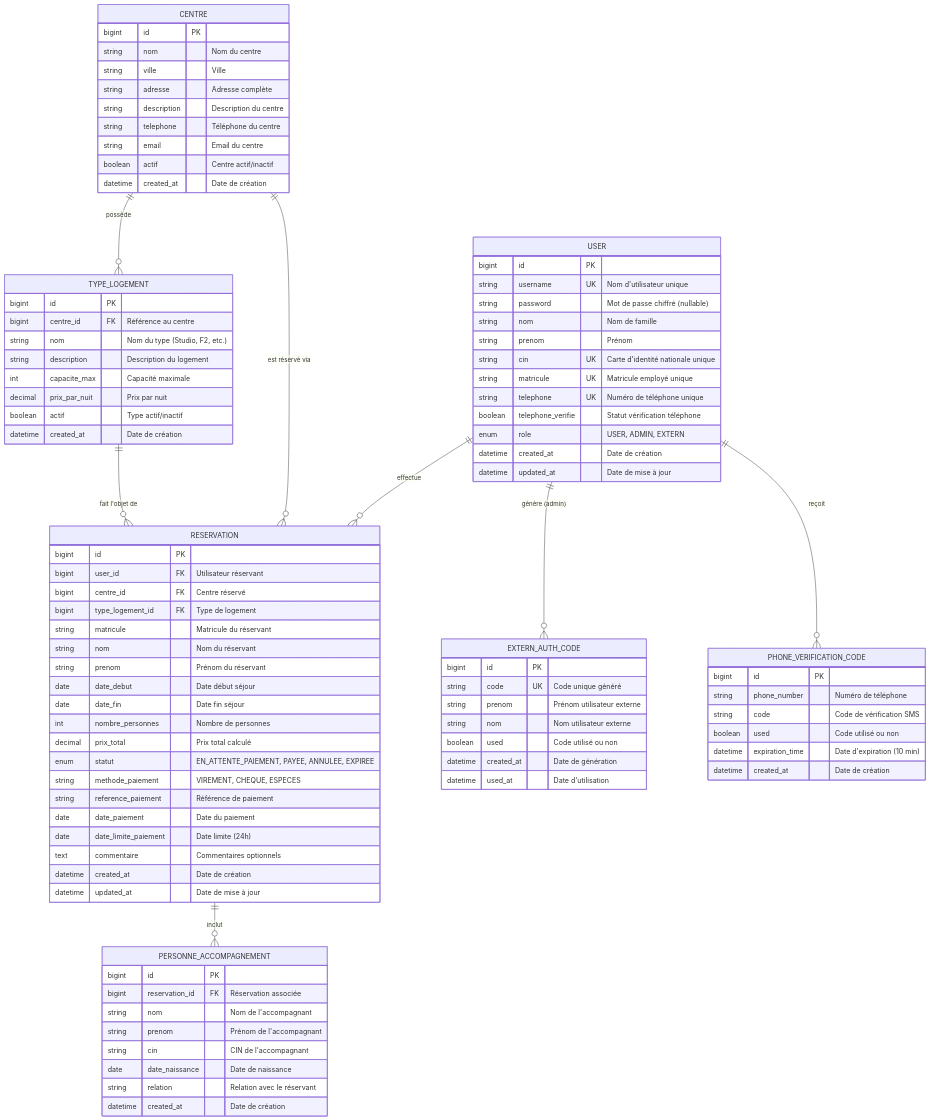
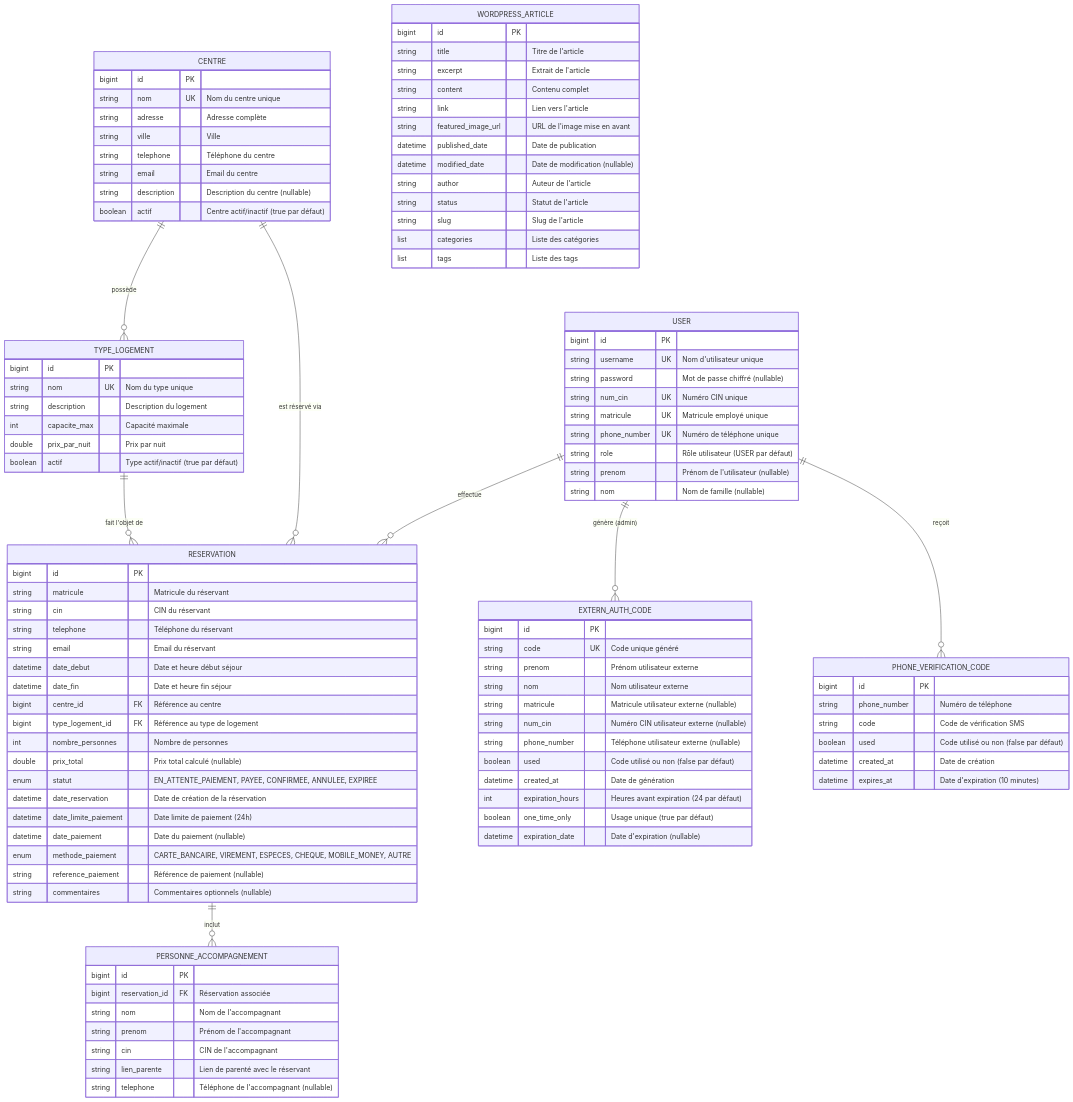
One commit to Benaqqa/Portail changed the diagram in MCD_COSONE.md. Above: the diagram before and after it, drawn with Mermaid. The commit also changed other lines of this file and 125 other files, not shown here.

````diff
--- a/MCD_COSONE.md
+++ b/MCD_COSONE.md
@@ -23,60 +23,53 @@
         bigint id PK
         string username UK "Nom d'utilisateur unique"
         string password "Mot de passe chiffré (nullable)"
-        string nom "Nom de famille"
-        string prenom "Prénom"
-        string cin UK "Carte d'identité nationale unique"
+        string num_cin UK "Numéro CIN unique"
         string matricule UK "Matricule employé unique"
-        string telephone UK "Numéro de téléphone unique"
-        boolean telephone_verifie "Statut vérification téléphone"
-        enum role "USER, ADMIN, EXTERN"
-        datetime created_at "Date de création"
-        datetime updated_at "Date de mise à jour"
+        string phone_number UK "Numéro de téléphone unique"
+        string role "Rôle utilisateur (USER par défaut)"
+        string prenom "Prénom de l'utilisateur (nullable)"
+        string nom "Nom de famille (nullable)"
     }
     
     CENTRE {
         bigint id PK
-        string nom "Nom du centre"
+        string nom UK "Nom du centre unique"
+        string adresse "Adresse complète"
         string ville "Ville"
-        string adresse "Adresse complète"
-        string description "Description du centre"
         string telephone "Téléphone du centre"
         string email "Email du centre"
-        boolean actif "Centre actif/inactif"
-        datetime created_at "Date de création"
+        string description "Description du centre (nullable)"
+        boolean actif "Centre actif/inactif (true par défaut)"
     }
     
     TYPE_LOGEMENT {
         bigint id PK
-        bigint centre_id FK "Référence au centre"
-        string nom "Nom du type (Studio, F2, etc.)"
+        string nom UK "Nom du type unique"
         string description "Description du logement"
         int capacite_max "Capacité maximale"
-        decimal prix_par_nuit "Prix par nuit"
-        boolean actif "Type actif/inactif"
-        datetime created_at "Date de création"
+        double prix_par_nuit "Prix par nuit"
+        boolean actif "Type actif/inactif (true par défaut)"
     }
     
     RESERVATION {
         bigint id PK
-        bigint user_id FK "Utilisateur réservant"
-        bigint centre_id FK "Centre réservé"
-        bigint type_logement_id FK "Type de logement"
         string matricule "Matricule du réservant"
-        string nom "Nom du réservant"
-        string prenom "Prénom du réservant"
-        date date_debut "Date début séjour"
-        date date_fin "Date fin séjour"
+        string cin "CIN du réservant"
+        string telephone "Téléphone du réservant"
+        string email "Email du réservant"
+        datetime date_debut "Date et heure début séjour"
+        datetime date_fin "Date et heure fin séjour"
+        bigint centre_id FK "Référence au centre"
+        bigint type_logement_id FK "Référence au type de logement"
         int nombre_personnes "Nombre de personnes"
-        decimal prix_total "Prix total calculé"
-        enum statut "EN_ATTENTE_PAIEMENT, PAYEE, ANNULEE, EXPIREE"
-        string methode_paiement "VIREMENT, CHEQUE, ESPECES"
-        string reference_paiement "Référence de paiement"
-        date date_paiement "Date du paiement"
-        date date_limite_paiement "Date limite (24h)"
-        text commentaire "Commentaires optionnels"
-        datetime created_at "Date de création"
-        datetime updated_at "Date de mise à jour"
+        double prix_total "Prix total calculé (nullable)"
+        enum statut "EN_ATTENTE_PAIEMENT, PAYEE, CONFIRMEE, ANNULEE, EXPIREE"
+        datetime date_reservation "Date de création de la réservation"
+        datetime date_limite_paiement "Date limite de paiement (24h)"
+        datetime date_paiement "Date du paiement (nullable)"
+        enum methode_paiement "CARTE_BANCAIRE, VIREMENT, ESPECES, CHEQUE, MOBILE_MONEY, AUTRE"
+        string reference_paiement "Référence de paiement (nullable)"
+        string commentaires "Commentaires optionnels (nullable)"
     }
     
     PERSONNE_ACCOMPAGNEMENT {
@@ -85,9 +78,8 @@
         string nom "Nom de l'accompagnant"
         string prenom "Prénom de l'accompagnant"
         string cin "CIN de l'accompagnant"
-        date date_naissance "Date de naissance"
-        string relation "Relation avec le réservant"
-        datetime created_at "Date de création"
+        string lien_parente "Lien de parenté avec le réservant"
+        string telephone "Téléphone de l'accompagnant (nullable)"
     }
     
     EXTERN_AUTH_CODE {
@@ -95,17 +87,38 @@
         string code UK "Code unique généré"
         string prenom "Prénom utilisateur externe"
         string nom "Nom utilisateur externe"
-        boolean used "Code utilisé ou non"
+        string matricule "Matricule utilisateur externe (nullable)"
+        string num_cin "Numéro CIN utilisateur externe (nullable)"
+        string phone_number "Téléphone utilisateur externe (nullable)"
+        boolean used "Code utilisé ou non (false par défaut)"
         datetime created_at "Date de génération"
-        datetime used_at "Date d'utilisation"
+        int expiration_hours "Heures avant expiration (24 par défaut)"
+        boolean one_time_only "Usage unique (true par défaut)"
+        datetime expiration_date "Date d'expiration (nullable)"
     }
     
     PHONE_VERIFICATION_CODE {
         bigint id PK
         string phone_number "Numéro de téléphone"
         string code "Code de vérification SMS"
-        boolean used "Code utilisé ou non"
-        datetime expiration_time "Date d'expiration (10 min)"
+        boolean used "Code utilisé ou non (false par défaut)"
         datetime created_at "Date de création"
+        datetime expires_at "Date d'expiration (10 minutes)"
+    }
+    
+    WORDPRESS_ARTICLE {
+        bigint id PK
+        string title "Titre de l'article"
+        string excerpt "Extrait de l'article"
+        string content "Contenu complet"
+        string link "Lien vers l'article"
+        string featured_image_url "URL de l'image mise en avant"
+        datetime published_date "Date de publication"
+        datetime modified_date "Date de modification (nullable)"
+        string author "Auteur de l'article"
+        string status "Statut de l'article"
+        string slug "Slug de l'article"
+        list categories "Liste des catégories"
+        list tags "Liste des tags"
     }
 ```
````
